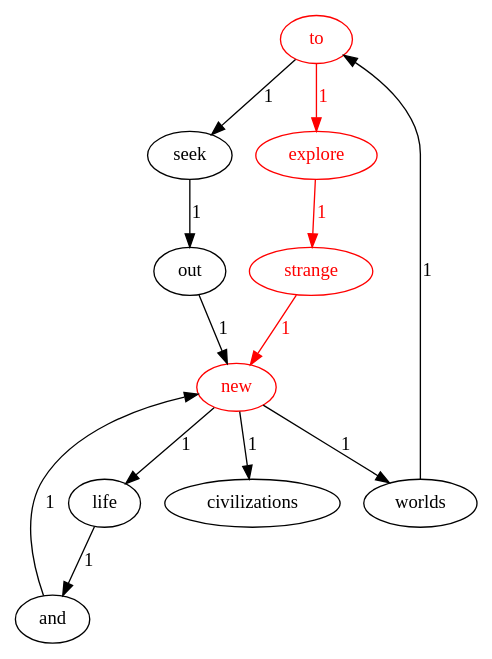
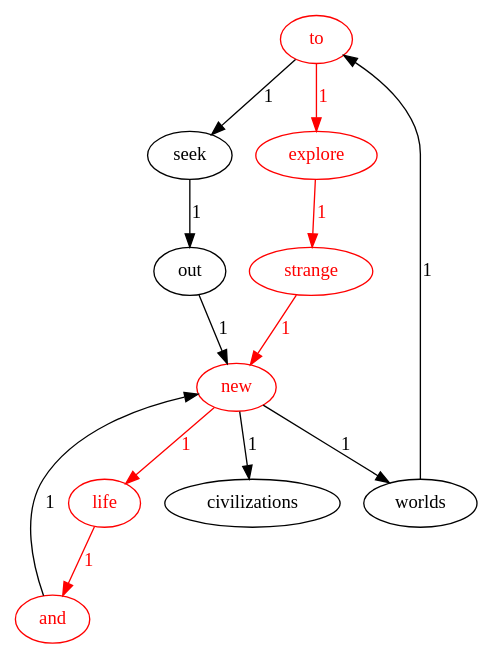
One commit to Moonlight0124/Lab1-2021111902 changed the diagram in directed-graph.dot. Above: the diagram before and after it, drawn with Graphviz. The commit also changed 6 other files, not shown here.

```diff
--- a/directed-graph.dot
+++ b/directed-graph.dot
@@ -1,24 +1,24 @@
 digraph G {
     "to" [color="red", fontcolor="red"];
     "strange" [color="red", fontcolor="red"];
-    "life";
-    "and";
+    "life" [color="red", fontcolor="red"];
+    "and" [color="red", fontcolor="red"];
     "civilizations";
     "new" [color="red", fontcolor="red"];
     "seek";
     "out";
     "explore" [color="red", fontcolor="red"];
     "worlds";
     "to" -> "seek" [label="1"];
     "to" -> "explore" [label="1", color="red", fontcolor="red"];
     "strange" -> "new" [label="1", color="red", fontcolor="red"];
-    "life" -> "and" [label="1"];
+    "life" -> "and" [label="1", color="red", fontcolor="red"];
     "and" -> "new" [label="1"];
-    "new" -> "life" [label="1"];
+    "new" -> "life" [label="1", color="red", fontcolor="red"];
     "new" -> "civilizations" [label="1"];
     "new" -> "worlds" [label="1"];
     "seek" -> "out" [label="1"];
     "out" -> "new" [label="1"];
     "explore" -> "strange" [label="1", color="red", fontcolor="red"];
     "worlds" -> "to" [label="1"];
 }
```
